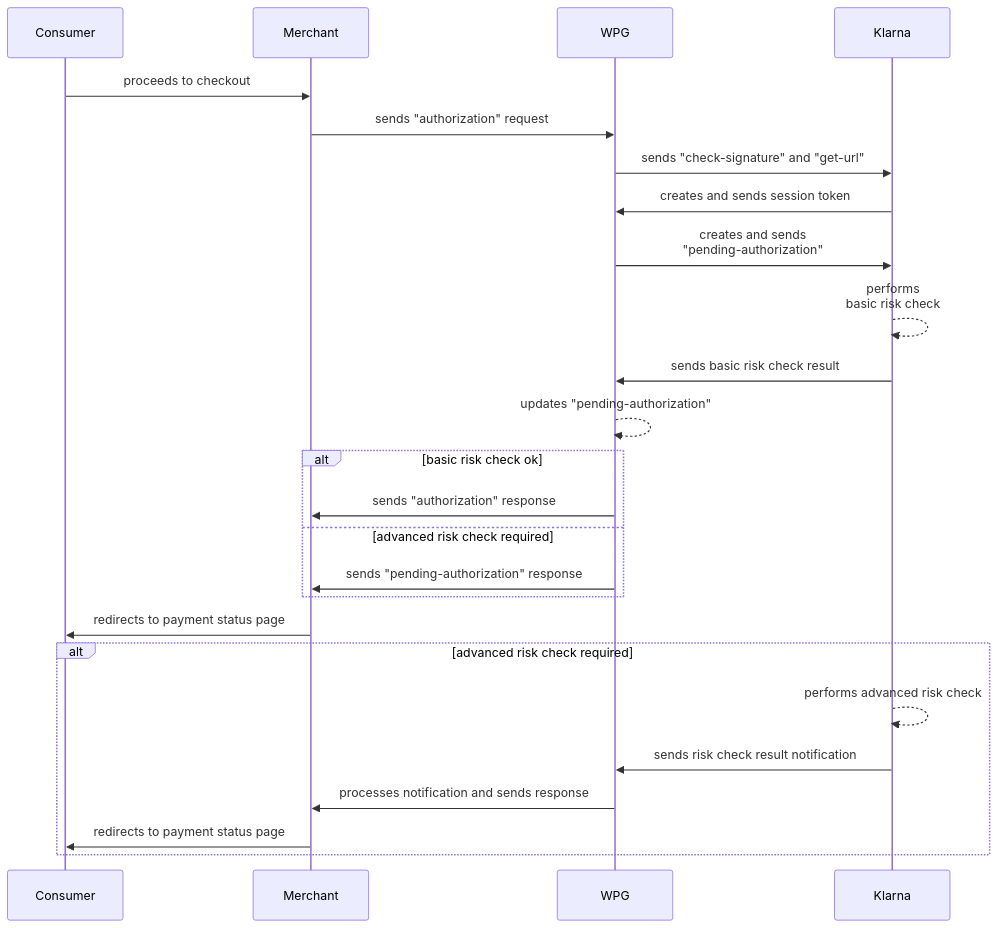
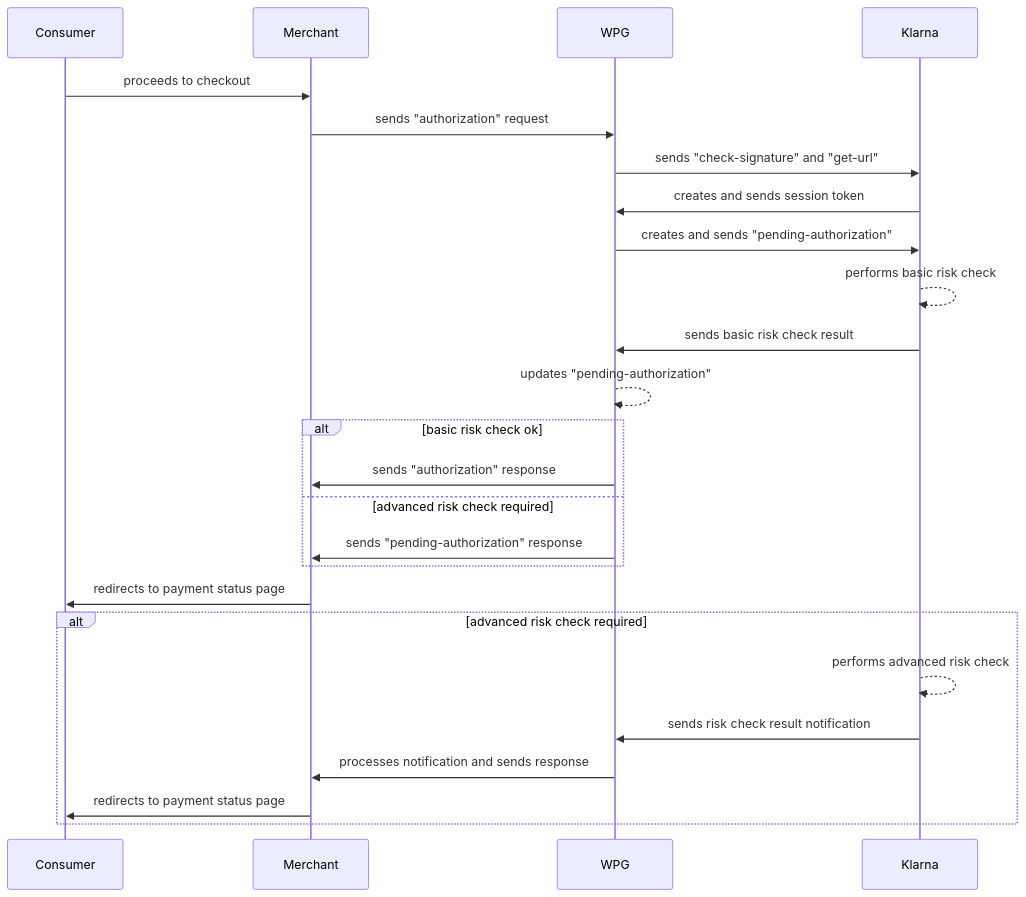
Before and after one commit to wirecard/merchant-documentation-gateway: the diagram in 11-13-01-01-klarna-v2-authorization.adoc, drawn with Mermaid.

Commit message:
Remove <br/>

```diff
--- a/11-13-01-01-klarna-v2-authorization.adoc
+++ b/11-13-01-01-klarna-v2-authorization.adoc
@@ -14,28 +14,28 @@
 [mermaid,Klarnav2_workflow_authorization,svg,subs=attributes+]
 ----
 sequenceDiagram
     participant C as Consumer
     participant M as Merchant
     participant W as WPG
     participant K as Klarna
 C->>M: proceeds to checkout
 M->>W: sends "authorization" request
 W->>K: sends "check-signature" and "get-url"
 K->>W: creates and sends session token
-W->>K: creates and sends<br/>"pending-authorization"
-K-->>K: performs <br/> basic risk check
+W->>K: creates and sends "pending-authorization"
+K-->>K: performs basic risk check
 K->>W: sends basic risk check result
 W-->>W: updates "pending-authorization"
     alt basic risk check ok
         W->>M: sends "authorization" response
     else advanced risk check required
         W->>M: sends "pending-authorization" response
     end
 M->>C: redirects to payment status page
     alt advanced risk check required
        K-->>K: performs advanced risk check
        K->>W: sends risk check result notification
        W->>M: processes notification and sends response
        M->>C: redirects to payment status page
     end
 ----
```
